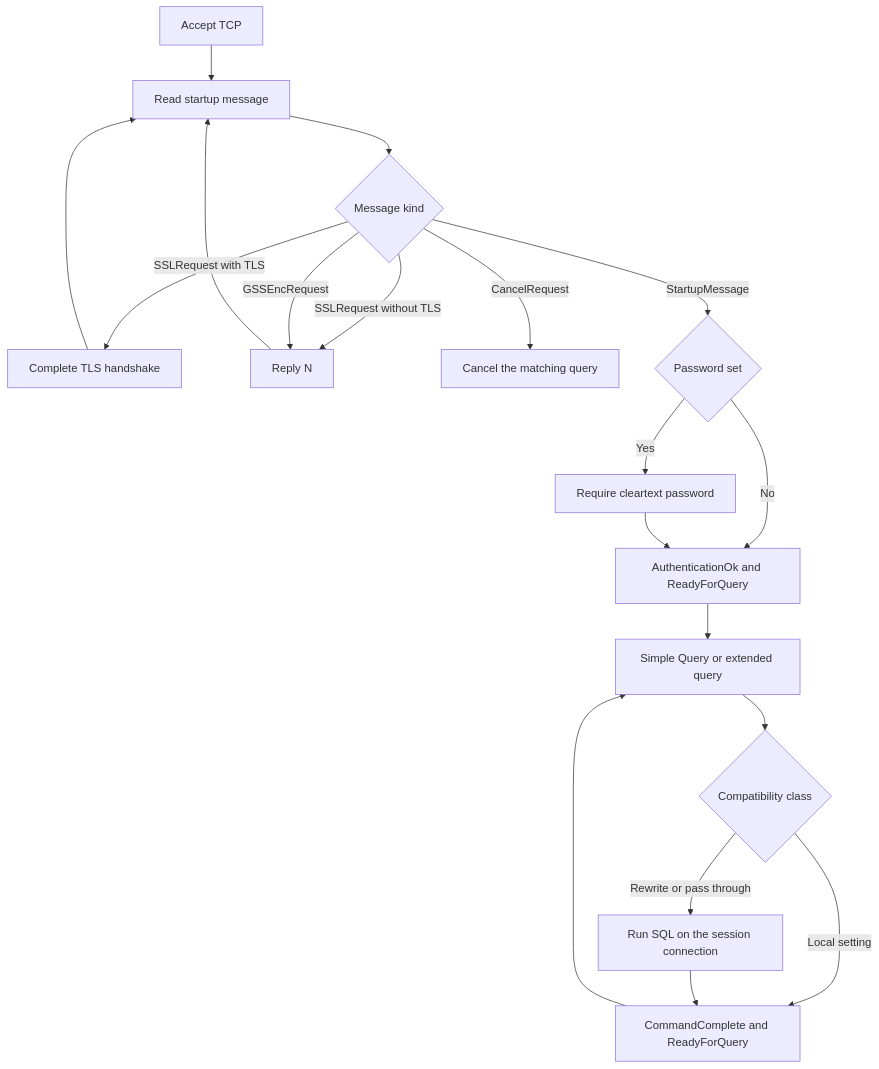
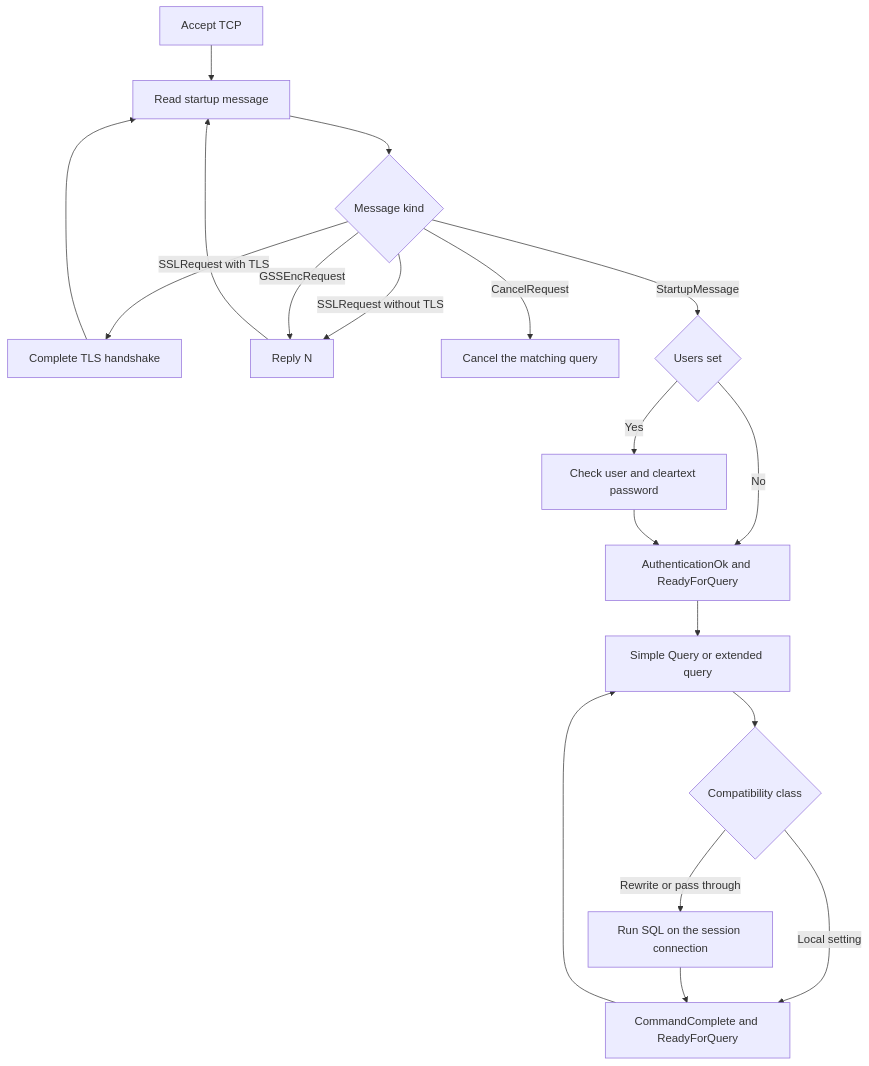
One commit to fantasticmao/go-duckpg changed the diagram in README.md. Above: the diagram before and after it, drawn with Mermaid. The commit also changed other lines of this file and 6 other files, not shown here.

First line of the commit message:
feat!: authenticate clients by startup user

````diff
--- a/README.md
+++ b/README.md
@@ -102,21 +102,21 @@
 ```mermaid
 flowchart TD
     accept[Accept TCP] --> readMsg[Read startup message]
     readMsg --> kind{Message kind}
     kind -->|SSLRequest with TLS| handshake[Complete TLS handshake]
     kind -->|SSLRequest without TLS| replyN[Reply N]
     kind -->|GSSEncRequest| replyN
     handshake --> readMsg
     replyN --> readMsg
     kind -->|CancelRequest| cancel[Cancel the matching query]
-    kind -->|StartupMessage| auth{Password set}
-    auth -->|Yes| password[Require cleartext password]
+    kind -->|StartupMessage| auth{Users set}
+    auth -->|Yes| password[Check user and cleartext password]
     auth -->|No| ready[AuthenticationOk and ReadyForQuery]
     password --> ready
     ready --> query[Simple Query or extended query]
     query --> classify{Compatibility class}
     classify -->|Local setting| done[CommandComplete and ReadyForQuery]
     classify -->|Rewrite or pass through| exec[Run SQL on the session connection]
     exec --> done
     done --> query
 ```
````
